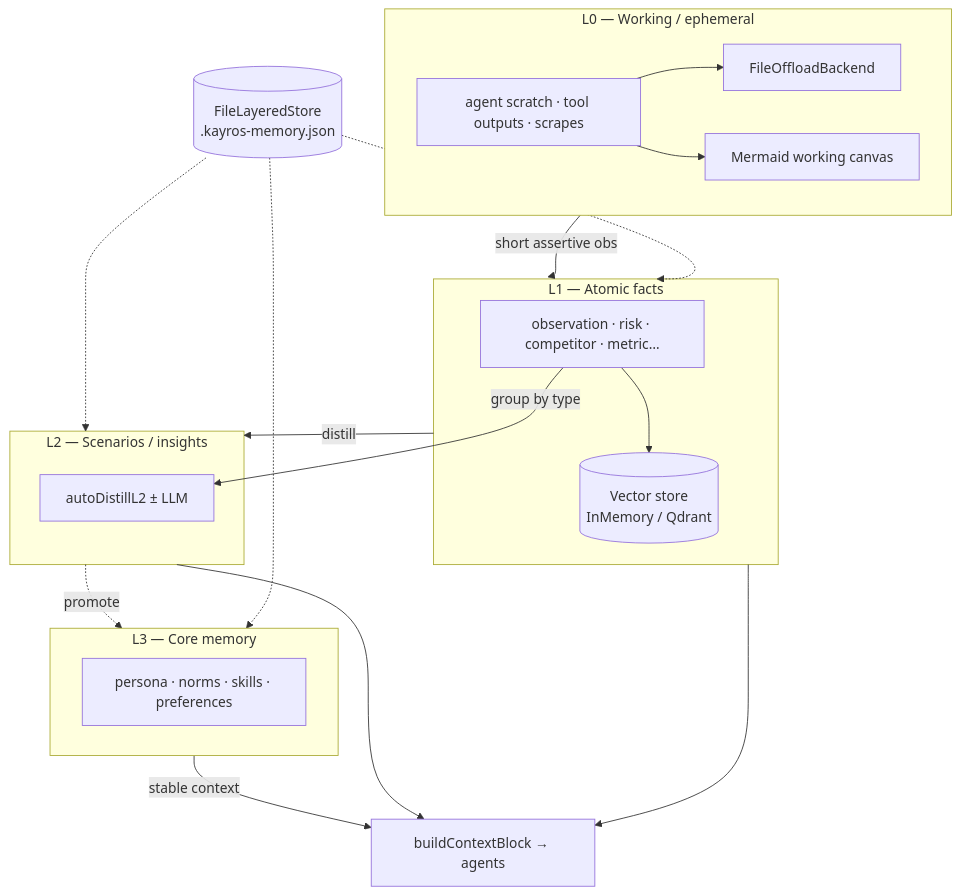
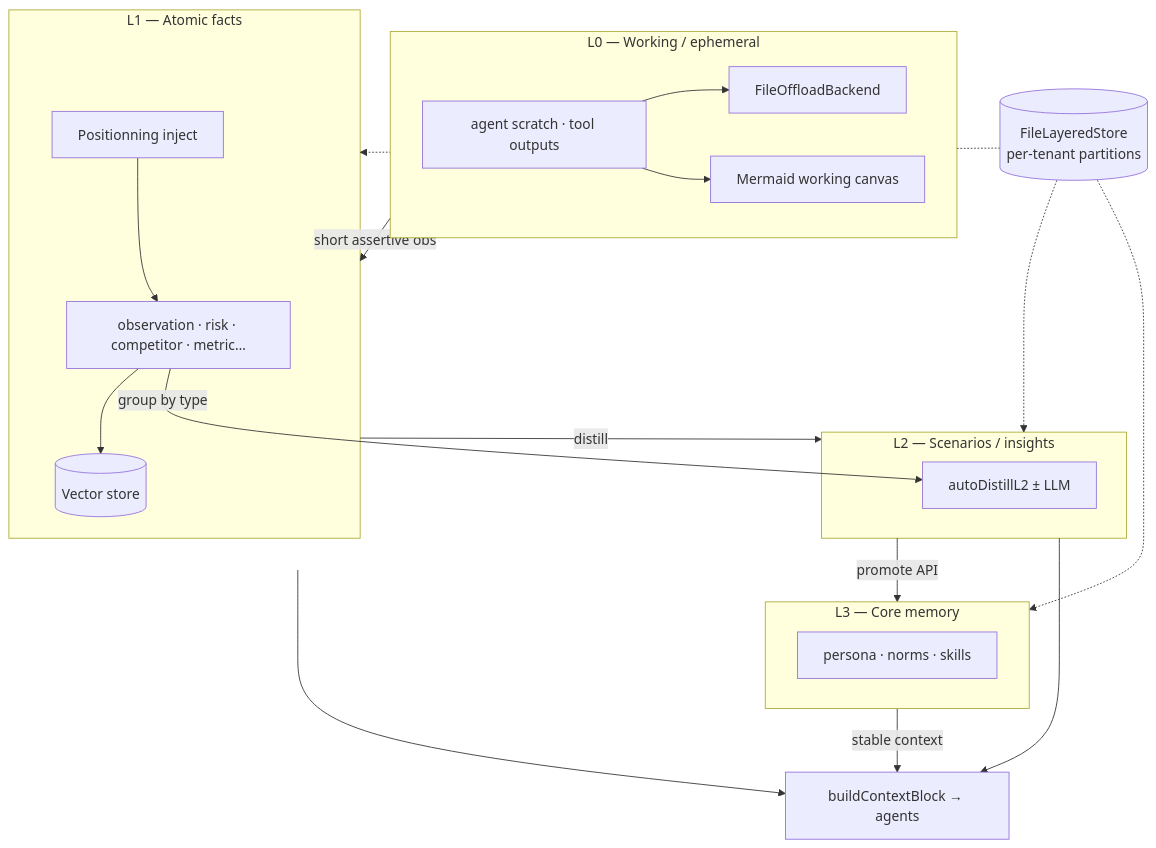
The fourth of 6 diagrams in README.md (Geoking2104/KayrosLab), drawn with Mermaid before and after one commit. The commit also changed other lines of this file, not shown here.

Commit message:
docs: README cycle SSE · memory API · gate→idea mapping

````diff
--- a/README.md
+++ b/README.md
@@ -106,37 +147,38 @@
 ```mermaid
 flowchart TB
   subgraph L0["L0 — Working / ephemeral"]
-    W[agent scratch · tool outputs · scrapes]
+    W[agent scratch · tool outputs]
     OFF[FileOffloadBackend]
     CANVAS[Mermaid working canvas]
     W --> OFF
     W --> CANVAS
   end
 
   subgraph L1["L1 — Atomic facts"]
     F[observation · risk · competitor · metric…]
-    F --> VEC[(Vector store
-    InMemory / Qdrant)]
+    POS[Positionning inject]
+    POS --> F
+    F --> VEC[(Vector store)]
   end
 
   subgraph L2["L2 — Scenarios / insights"]
     S[autoDistillL2 ± LLM]
     F -->|group by type| S
   end
 
   subgraph L3["L3 — Core memory"]
-    C[persona · norms · skills · preferences]
+    C[persona · norms · skills]
   end
 
   L0 -->|short assertive obs| L1
   L1 -->|distill| L2
-  L2 -.->|promote| L3
+  L2 -->|promote API| L3
   L3 -->|stable context| CTX[buildContextBlock → agents]
   L2 --> CTX
   L1 --> CTX
 
   PERSIST[(FileLayeredStore
-  .kayros-memory.json)] -.-> L1
+  per-tenant partitions)] -.-> L1
   PERSIST -.-> L2
   PERSIST -.-> L3
 ```
````
